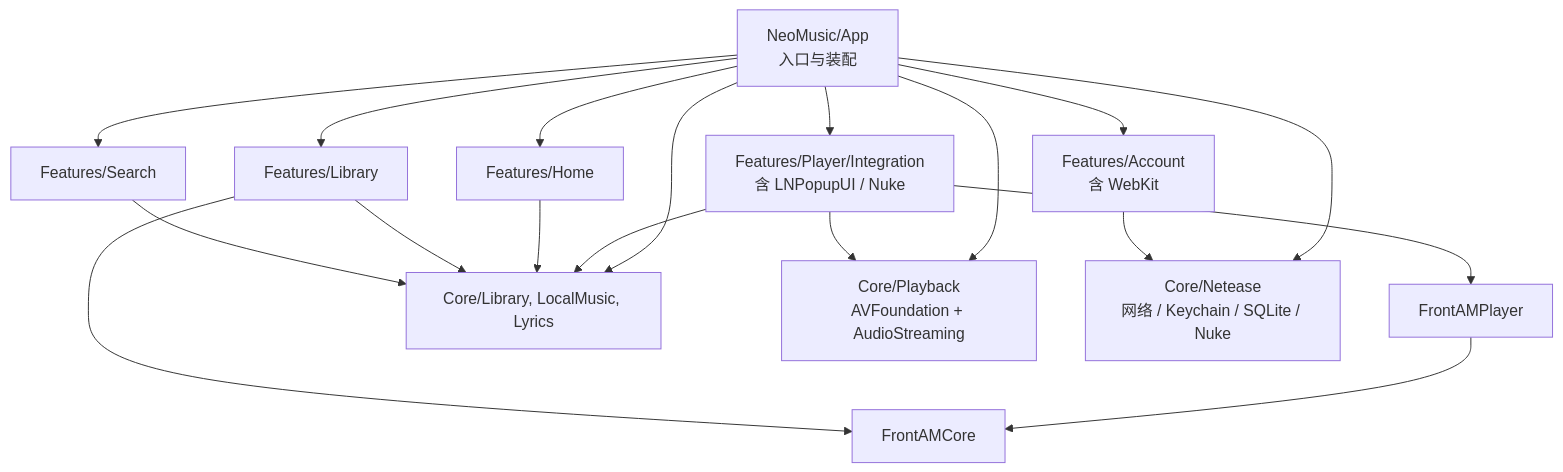
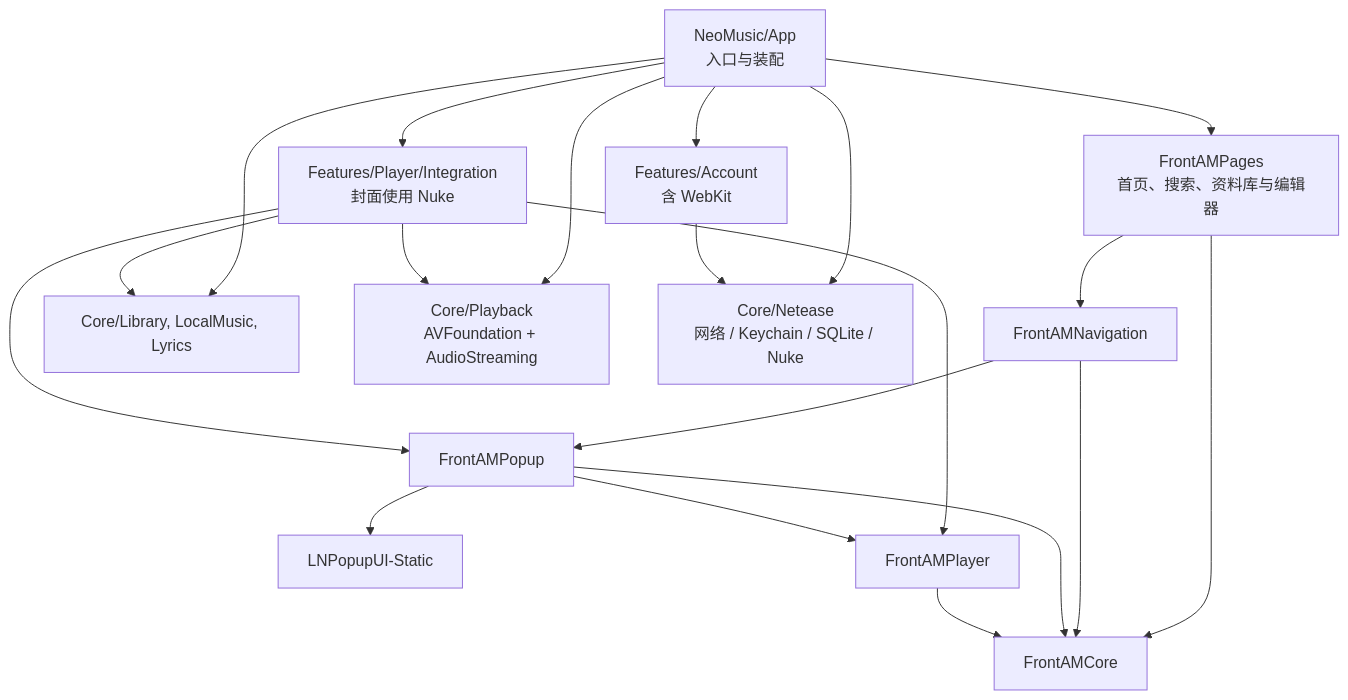
The diagram in docs/architecture.md (Fab1e2000/NeoMusic), drawn with Mermaid before and after one commit. The commit also changed other lines of this file and 319 other files, not shown here.

Commit message:
完成 FrontAM M2-M5 抽离：收归 LNPopup，落地 Popup/Navigation/Pages 模块与 Showcase 演示工程

````diff
--- a/docs/architecture.md
+++ b/docs/architecture.md
@@ -82,34 +85,37 @@
 ```mermaid
 flowchart TD
     App["NeoMusic/App<br/>入口与装配"]
-    Home["Features/Home"]
-    LibUI["Features/Library"]
-    SearchUI["Features/Search"]
     AccountUI["Features/Account<br/>含 WebKit"]
-    PlayerInt["Features/Player/Integration<br/>含 LNPopupUI / Nuke"]
+    PlayerInt["Features/Player/Integration<br/>封面使用 Nuke"]
+    Pages["FrontAMPages<br/>首页、搜索、资料库与编辑器"]
+    Navigation["FrontAMNavigation"]
+    Popup["FrontAMPopup"]
+    LN["LNPopupUI-Static"]
     FSP["FrontAMPlayer"]
     FrontCore["FrontAMCore"]
 
     CoreLib["Core/Library, LocalMusic, Lyrics"]
     CorePlay["Core/Playback<br/>AVFoundation + AudioStreaming"]
     CoreNet["Core/Netease<br/>网络 / Keychain / SQLite / Nuke"]
 
-    App --> Home
-    App --> LibUI
-    App --> SearchUI
     App --> AccountUI
     App --> PlayerInt
+    App --> Pages
+    Pages --> Navigation
+    Pages --> FrontCore
+    Navigation --> Popup
+    Navigation --> FrontCore
     App --> CoreLib
     App --> CorePlay
     App --> CoreNet
 
     PlayerInt --> FSP
+    PlayerInt --> Popup
+    Popup --> FSP
+    Popup --> FrontCore
+    Popup --> LN
     FSP --> FrontCore
-    LibUI --> FrontCore
     PlayerInt --> CorePlay
     PlayerInt --> CoreLib
     AccountUI --> CoreNet
-    Home --> CoreLib
-    LibUI --> CoreLib
-    SearchUI --> CoreLib
 ```
````
